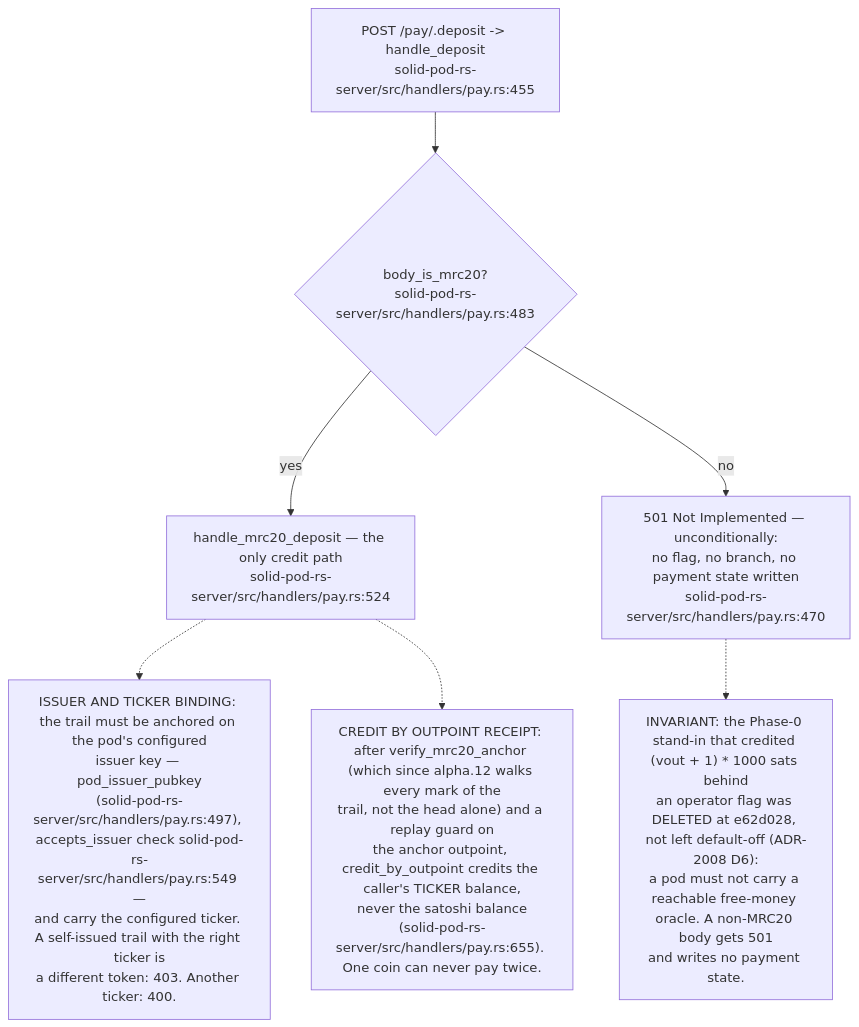
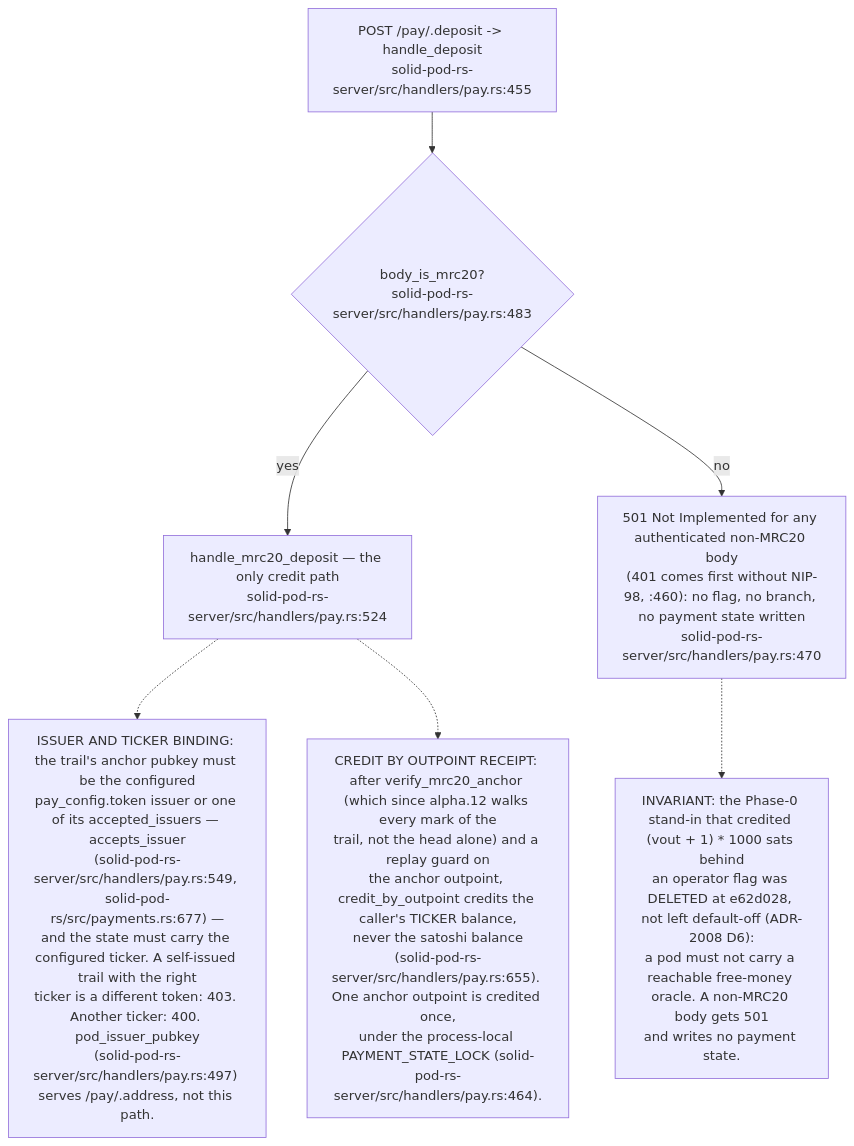
Before and after one commit to DreamLab-AI/VisionFlow: diagram 16 of 19 in docs/diagrams/solid-pod-rs/07-provenance-and-payments.md, drawn with Mermaid. The commit also changed other lines of this file and 47 other files, not shown here.

````diff
--- a/docs/diagrams/solid-pod-rs/07-provenance-and-payments.md
+++ b/docs/diagrams/solid-pod-rs/07-provenance-and-payments.md
@@ -459,18 +466,18 @@
 ```mermaid
 flowchart TD
     IN["POST /pay/.deposit -> handle_deposit<br/>solid-pod-rs-server/src/handlers/pay.rs:455"]
     SNIFF{"body_is_mrc20?<br/>solid-pod-rs-server/src/handlers/pay.rs:483"}
     MRC["handle_mrc20_deposit — the only credit path<br/>solid-pod-rs-server/src/handlers/pay.rs:524"]
-    R501["501 Not Implemented — unconditionally:<br/>no flag, no branch, no payment state written<br/>solid-pod-rs-server/src/handlers/pay.rs:470"]
+    R501["501 Not Implemented for any authenticated non-MRC20 body<br/>(401 comes first without NIP-98, :460): no flag, no branch, no payment state written<br/>solid-pod-rs-server/src/handlers/pay.rs:470"]
 
     IN --> SNIFF
     SNIFF -- yes --> MRC
     SNIFF -- no --> R501
 
     N["INVARIANT: the Phase-0 stand-in that credited (vout + 1) * 1000 sats behind<br/>an operator flag was DELETED at e62d028, not left default-off (ADR-2008 D6):<br/>a pod must not carry a reachable free-money oracle. A non-MRC20 body gets 501<br/>and writes no payment state."]
     R501 -.-> N
-    N2["ISSUER AND TICKER BINDING: the trail must be anchored on the pod's configured<br/>issuer key — pod_issuer_pubkey<br/>(solid-pod-rs-server/src/handlers/pay.rs:497), accepts_issuer check solid-pod-rs-server/src/handlers/pay.rs:549 —<br/>and carry the configured ticker. A self-issued trail with the right ticker is<br/>a different token: 403. Another ticker: 400."]
+    N2["ISSUER AND TICKER BINDING: the trail's anchor pubkey must be the configured<br/>pay_config.token issuer or one of its accepted_issuers — accepts_issuer<br/>(solid-pod-rs-server/src/handlers/pay.rs:549, solid-pod-rs/src/payments.rs:677) —<br/>and the state must carry the configured ticker. A self-issued trail with the right<br/>ticker is a different token: 403. Another ticker: 400. pod_issuer_pubkey<br/>(solid-pod-rs-server/src/handlers/pay.rs:497) serves /pay/.address, not this path."]
     MRC -.-> N2
-    N3["CREDIT BY OUTPOINT RECEIPT: after verify_mrc20_anchor (which since alpha.12 walks every mark of the<br/>trail, not the head alone) and a replay guard on<br/>the anchor outpoint, credit_by_outpoint credits the caller's TICKER balance,<br/>never the satoshi balance<br/>(solid-pod-rs-server/src/handlers/pay.rs:655). One coin can never pay twice."]
+    N3["CREDIT BY OUTPOINT RECEIPT: after verify_mrc20_anchor (which since alpha.12 walks every mark of the<br/>trail, not the head alone) and a replay guard on<br/>the anchor outpoint, credit_by_outpoint credits the caller's TICKER balance,<br/>never the satoshi balance<br/>(solid-pod-rs-server/src/handlers/pay.rs:655). One anchor outpoint is credited once,<br/>under the process-local PAYMENT_STATE_LOCK (solid-pod-rs-server/src/handlers/pay.rs:464)."]
     MRC -.-> N3
 ```
````
